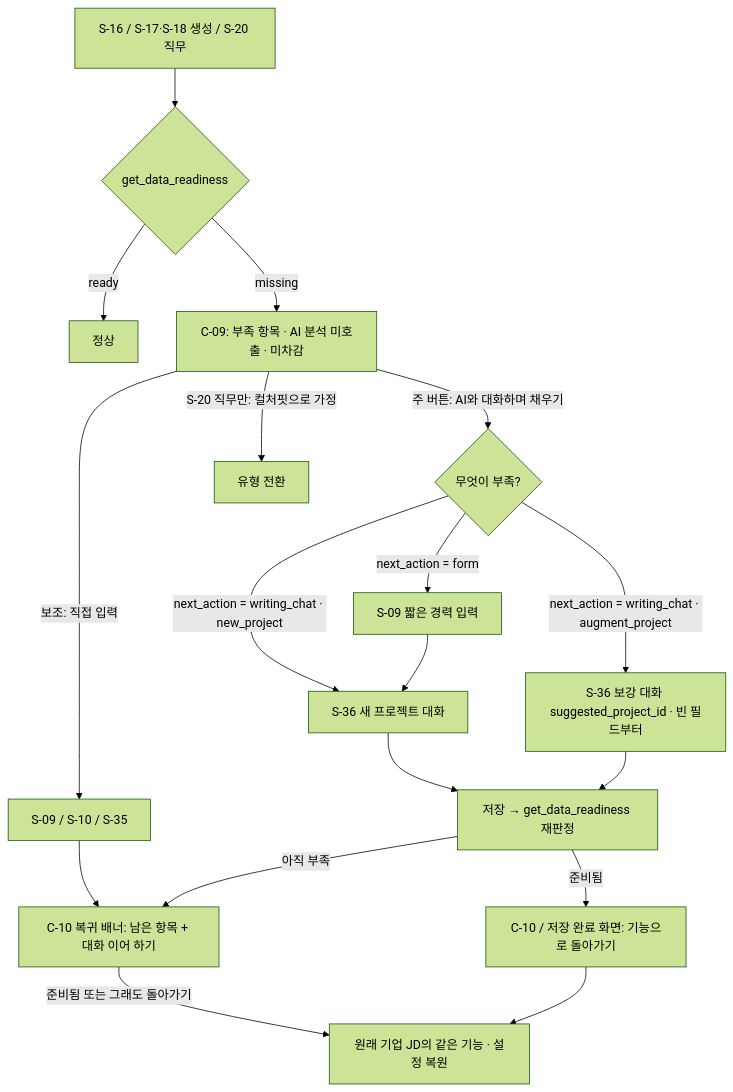
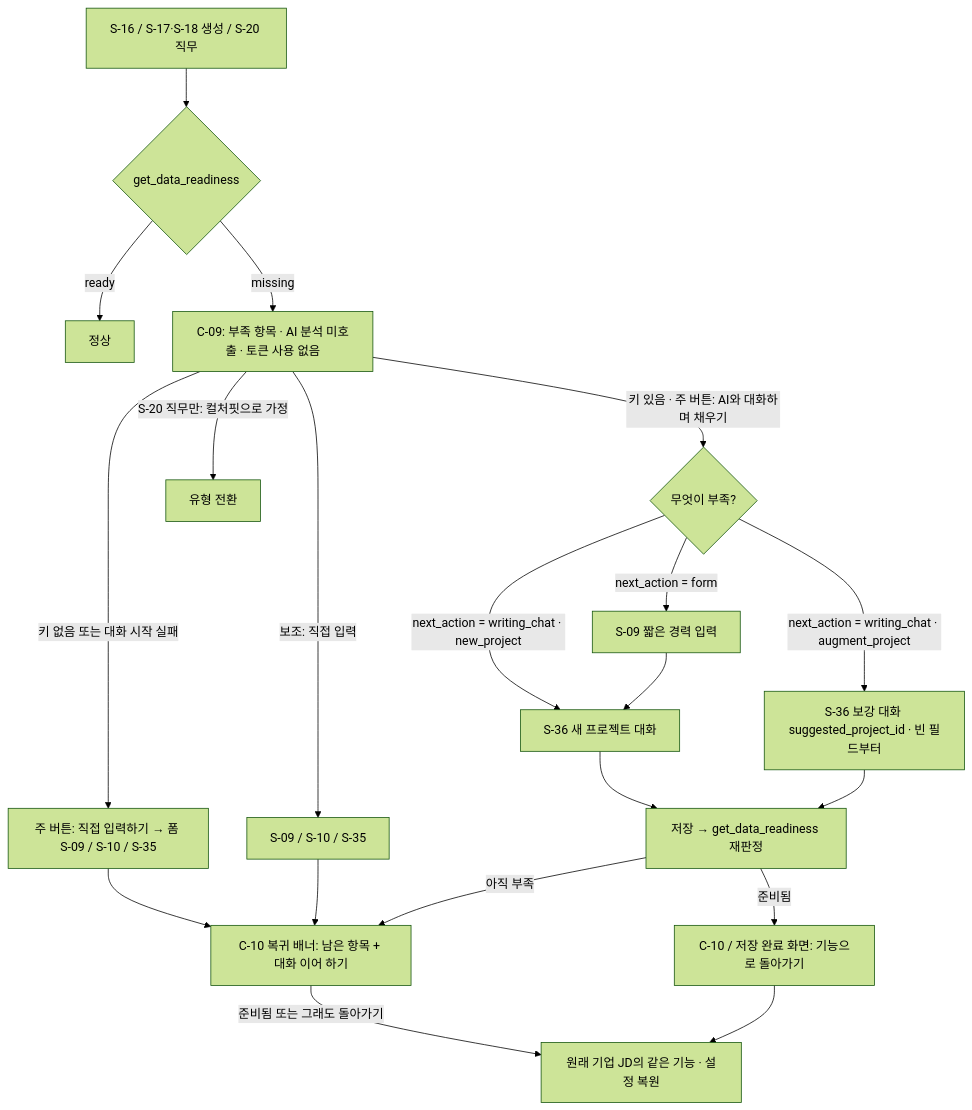
One commit to j-hyunn/resumate changed diagram 13 of 19 in _workspace/02_ux-planner_flows.md. Above: the diagram before and after it, drawn with Mermaid (forest theme). The commit also changed other lines of this file and 11 other files, not shown here.

````diff
--- a/_workspace/02_ux-planner_flows.md
+++ b/_workspace/02_ux-planner_flows.md
@@ -422,19 +466,21 @@
 ```mermaid
 flowchart TD
   A[S-16 / S-17·S-18 생성 / S-20 직무] --> B{get_data_readiness}
   B -->|ready| OK[정상]
-  B -->|missing| C[C-09: 부족 항목 · AI 분석 미호출 · 미차감]
-  C -->|주 버튼: AI와 대화하며 채우기| K{무엇이 부족?}
+  B -->|missing| C[C-09: 부족 항목 · AI 분석 미호출 · 토큰 사용 없음]
+  C -->|키 없음 또는 대화 시작 실패| FM[주 버튼: 직접 입력하기 → 폼 S-09 / S-10 / S-35]
+  FM --> E
+  C -->|키 있음 · 주 버튼: AI와 대화하며 채우기| K{무엇이 부족?}
   K -->|next_action = writing_chat · new_project| D1[S-36 새 프로젝트 대화]
   K -->|next_action = writing_chat · augment_project| D2[S-36 보강 대화 suggested_project_id · 빈 필드부터]
   K -->|next_action = form| D0[S-09 짧은 경력 입력] --> D1
   C -->|보조: 직접 입력| D3[S-09 / S-10 / S-35]
   C -->|S-20 직무만: 컬처핏으로 가정| CF[유형 전환]
   D1 --> S[저장 → get_data_readiness 재판정]
   D2 --> S
   D3 --> E
   S -->|준비됨| F[C-10 / 저장 완료 화면: 기능으로 돌아가기]
   S -->|아직 부족| E[C-10 복귀 배너: 남은 항목 + 대화 이어 하기]
   E -->|준비됨 또는 그래도 돌아가기| F2[원래 기업 JD의 같은 기능 · 설정 복원]
   F --> F2
 ```
````
